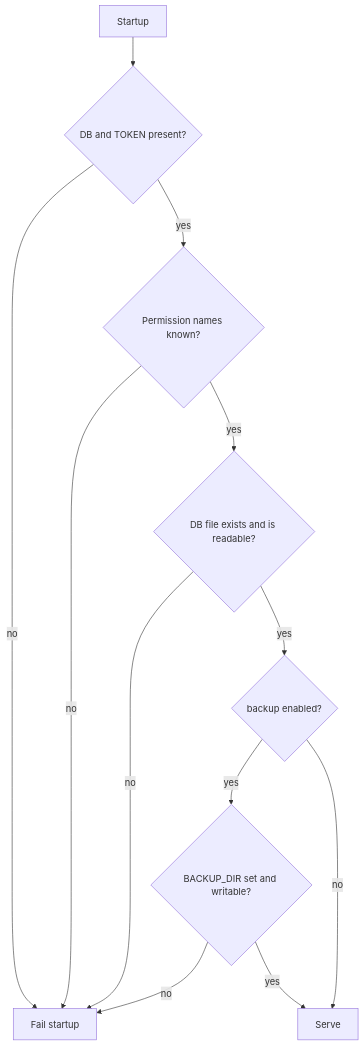
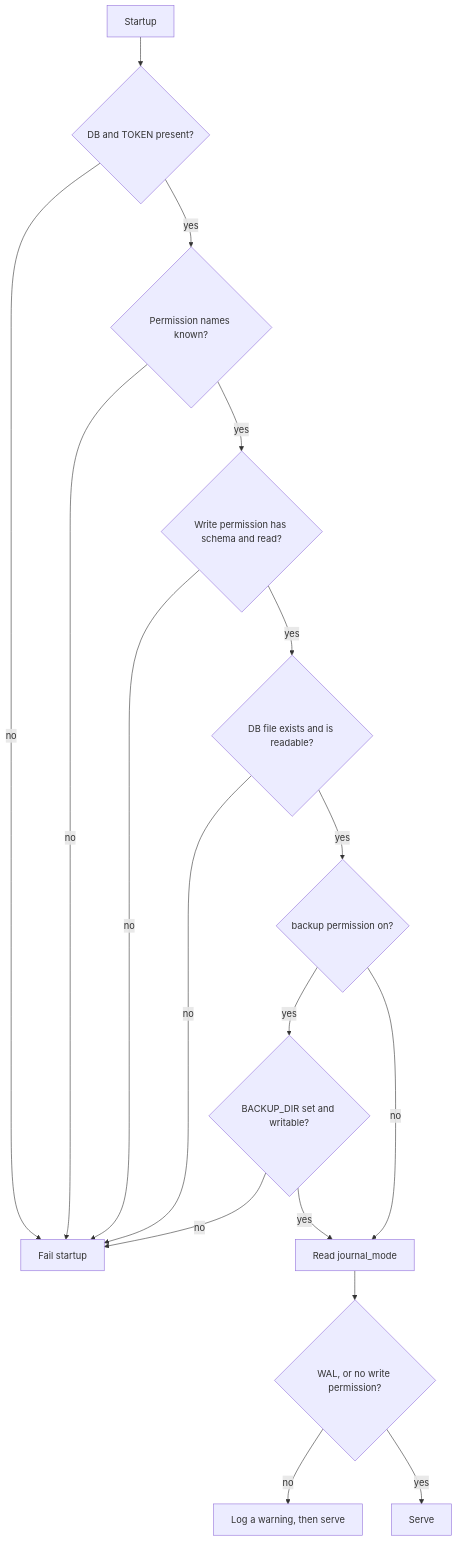
The diagram in .lode/plans/design/configuration.md (xakpc/sqlite-mcp-sidecar), drawn with Mermaid before and after one commit. The commit also changed other lines of this file and 28 other files, not shown here.

````diff
--- a/.lode/plans/design/configuration.md
+++ b/.lode/plans/design/configuration.md
@@ -61,14 +68,19 @@
 ```mermaid
 flowchart TD
     start[Startup] --> req{DB and TOKEN present?}
     req -->|no| fail[Fail startup]
     req -->|yes| perms{Permission names known?}
     perms -->|no| fail
-    perms -->|yes| file{DB file exists and is readable?}
+    perms -->|yes| floor{Write permission has schema and read?}
+    floor -->|no| fail
+    floor -->|yes| file{DB file exists and is readable?}
     file -->|no| fail
-    file -->|yes| bk{backup enabled?}
+    file -->|yes| bk{backup permission on?}
     bk -->|yes| dir{BACKUP_DIR set and writable?}
     dir -->|no| fail
-    dir -->|yes| ok[Serve]
-    bk -->|no| ok
+    dir -->|yes| wal[Read journal_mode]
+    bk -->|no| wal
+    wal --> warn{WAL, or no write permission?}
+    warn -->|no| log[Log a warning, then serve]
+    warn -->|yes| ok[Serve]
 ```
````
